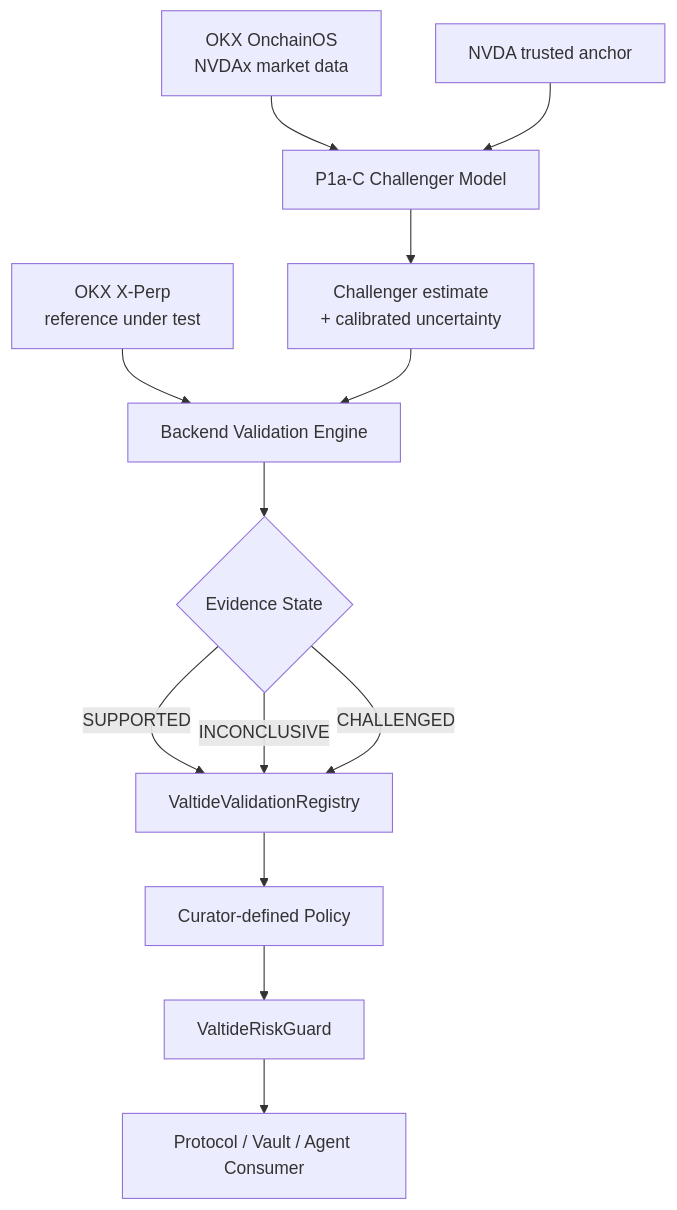
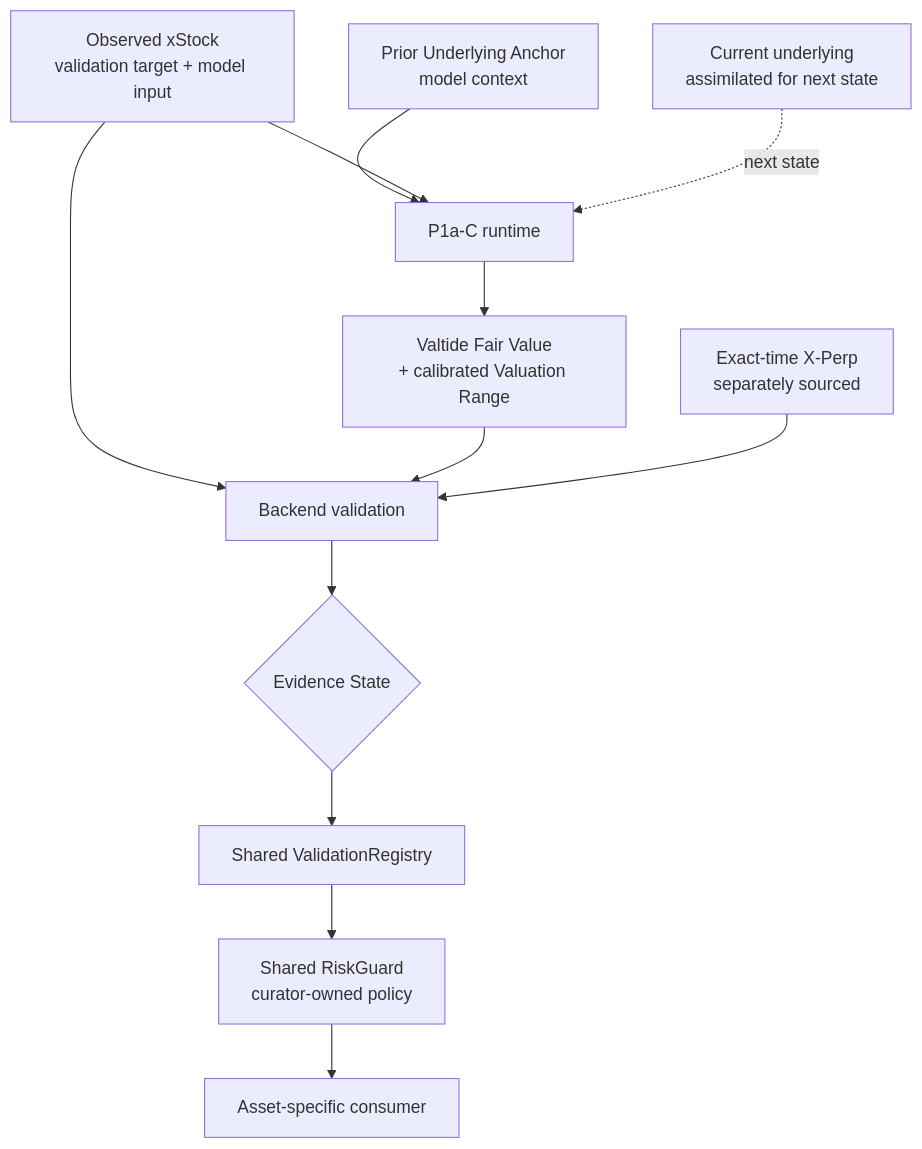
One commit to chin0312/valtide changed the diagram in README.md. Above: the diagram before and after it, drawn with Mermaid. The commit also changed other lines of this file and 22 other files, not shown here.

````diff
--- a/README.md
+++ b/README.md
@@ -49,19 +43,23 @@
 ```mermaid
-flowchart TD
-    A[OKX OnchainOS<br/>NVDAx market data]
-    B[NVDA trusted anchor]
-    C[OKX X-Perp<br/>reference under test]
+flowchart TB
+    X[Observed xStock<br/>validation target + model input]
+    U[Prior Underlying Anchor<br/>model context]
+    M[P1a-C runtime]
+    F[Valtide Fair Value<br/>+ calibrated Valuation Range]
+    P[Exact-time X-Perp<br/>separately sourced]
+    V[Backend validation]
+    E{Evidence State}
+    R[Shared ValidationRegistry]
+    G[Shared RiskGuard<br/>curator-owned policy]
+    C[Asset-specific consumer]
+    N[Current underlying<br/>assimilated for next state]
 
-    A --> D[P1a-C Challenger Model]
-    B --> D
-    D --> E[Challenger estimate<br/>+ calibrated uncertainty]
-    C --> F[Backend Validation Engine]
-    E --> F
-    F --> G{Evidence State}
-    G -->|SUPPORTED| H[ValtideValidationRegistry]
-    G -->|INCONCLUSIVE| H
-    G -->|CHALLENGED| H
-    H --> I[Curator-defined Policy]
-    I --> J[ValtideRiskGuard]
-    J --> K[Protocol / Vault / Agent Consumer]
+    U --> M
+    X --> M
+    M --> F
+    X --> V
+    F --> V
+    P --> V
+    V --> E --> R --> G --> C
+    N -. next state .-> M
 ```
````
